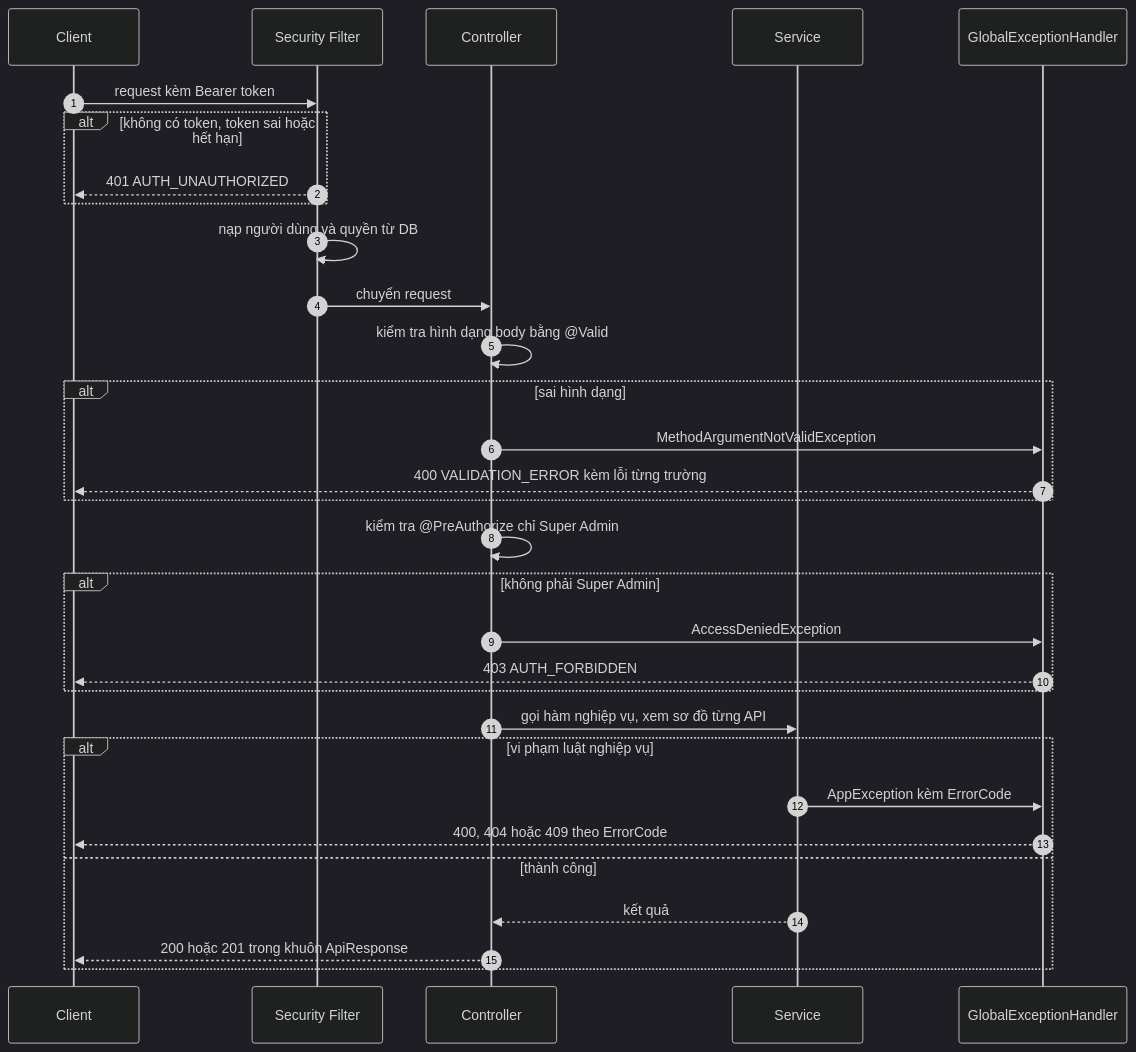
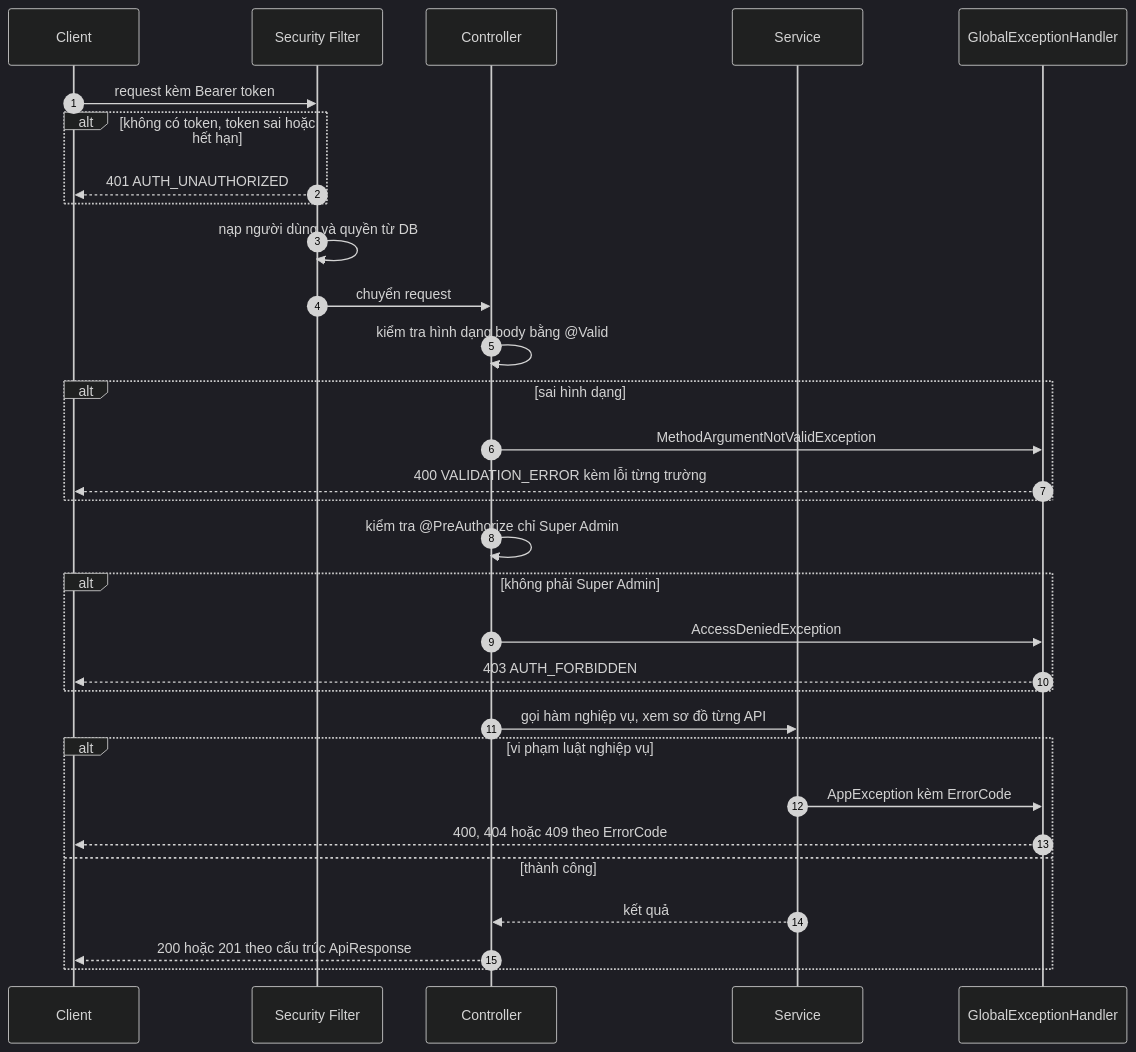
One commit to foodboi88/car-rental-saas changed the first of 10 diagrams in docs/plans/tenant/2026-10-19-tenant-api-spec.md. Above: the diagram before and after it, drawn with Mermaid (dark theme). The commit also changed other lines of this file and 6 other files, not shown here.

````diff
--- a/docs/plans/tenant/2026-10-19-tenant-api-spec.md
+++ b/docs/plans/tenant/2026-10-19-tenant-api-spec.md
@@ -49,33 +49,33 @@
 ```mermaid
 sequenceDiagram
   autonumber
   participant C as Client
   participant F as Security Filter
   participant K as Controller
   participant S as Service
   participant H as GlobalExceptionHandler
   C->>F: request kèm Bearer token
   alt không có token, token sai hoặc hết hạn
     F-->>C: 401 AUTH_UNAUTHORIZED
   end
   F->>F: nạp người dùng và quyền từ DB
   F->>K: chuyển request
   K->>K: kiểm tra hình dạng body bằng @Valid
   alt sai hình dạng
     K->>H: MethodArgumentNotValidException
     H-->>C: 400 VALIDATION_ERROR kèm lỗi từng trường
   end
   K->>K: kiểm tra @PreAuthorize chỉ Super Admin
   alt không phải Super Admin
     K->>H: AccessDeniedException
     H-->>C: 403 AUTH_FORBIDDEN
   end
   K->>S: gọi hàm nghiệp vụ, xem sơ đồ từng API
   alt vi phạm luật nghiệp vụ
     S->>H: AppException kèm ErrorCode
     H-->>C: 400, 404 hoặc 409 theo ErrorCode
   else thành công
     S-->>K: kết quả
-    K-->>C: 200 hoặc 201 trong khuôn ApiResponse
+    K-->>C: 200 hoặc 201 theo cấu trúc ApiResponse
   end
 ```
````
